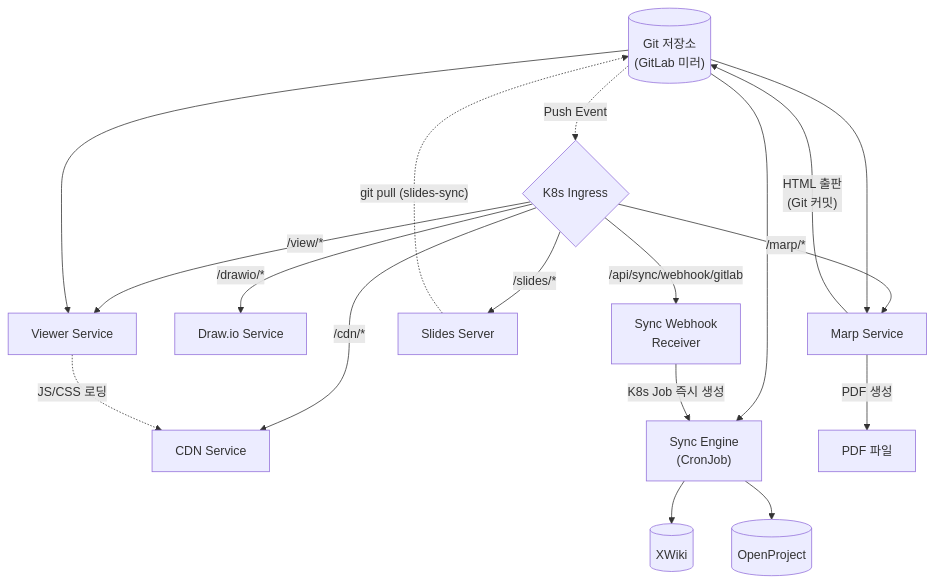
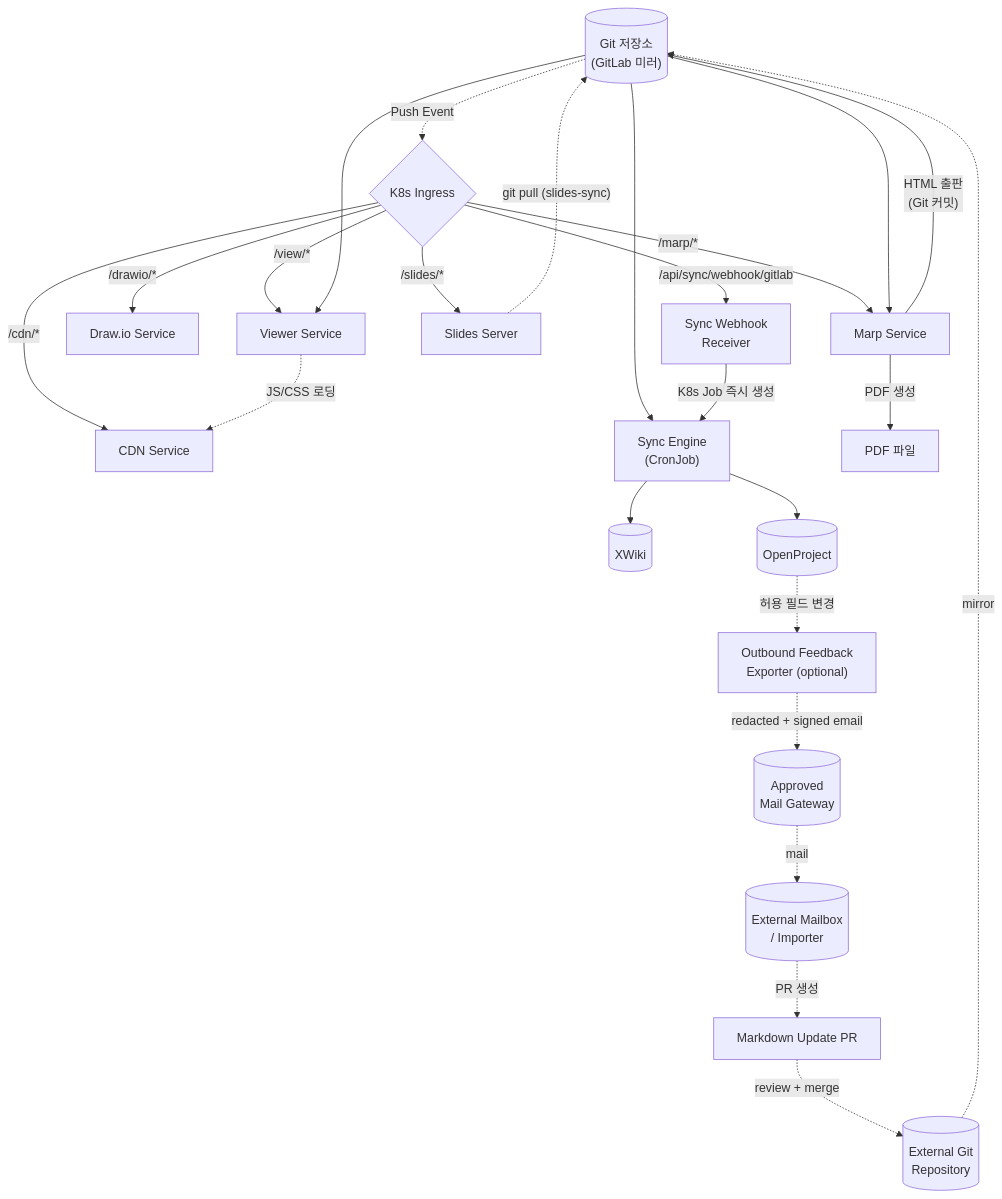
Before and after one commit to sch0718/synctx: the first of 5 diagrams in docs/architecture.md, drawn with Mermaid. The commit also changed other lines of this file and 2 other files, not shown here.

First line of the commit message:
docs: 제한적 Outbound Feedback Exporter 설계 추가 (Phase 7 선택)

````diff
--- a/docs/architecture.md
+++ b/docs/architecture.md
@@ -20,40 +21,52 @@
 ```mermaid
 flowchart TB
     GitLab[("Git 저장소<br>(GitLab 미러)")]
     Ingress{"K8s Ingress"}
 
     Viewer["Viewer Service"]
     CDN["CDN Service"]
     Drawio["Draw.io Service"]
     Marp["Marp Service"]
     Slides["Slides Server"]
     SyncWebhook["Sync Webhook<br>Receiver"]
     Sync["Sync Engine<br>(CronJob)"]
+    Feedback["Outbound Feedback<br>Exporter (optional)"]
+    MailGateway[("Approved<br>Mail Gateway")]
+    ExternalInbox[("External Mailbox<br>/ Importer")]
+    PR["Markdown Update PR"]
+    ExternalGit[("External Git<br>Repository")]
 
     XWiki[("XWiki")]
     OP[("OpenProject")]
 
     GitLab -. "Push Event" .-> Ingress
 
     Ingress -- "/view/*" --> Viewer
     Ingress -- "/cdn/*" --> CDN
     Ingress -- "/slides/*" --> Slides
     Ingress -- "/marp/*" --> Marp
     Ingress -- "/drawio/*" --> Drawio
     Ingress -- "/api/sync/webhook/gitlab" --> SyncWebhook
 
     GitLab --> Viewer
     GitLab --> Marp
     GitLab --> Sync
 
     Viewer -. "JS/CSS 로딩" .-> CDN
 
     Marp -- "PDF 생성" --> PDF["PDF 파일"]
     Marp -- "HTML 출판<br>(Git 커밋)" --> GitLab
 
     Slides -. "git pull (slides-sync)" .-> GitLab
 
     SyncWebhook -- "K8s Job 즉시 생성" --> Sync
     Sync --> XWiki
     Sync --> OP
+
+    OP -. "허용 필드 변경" .-> Feedback
+    Feedback -. "redacted + signed email" .-> MailGateway
+    MailGateway -. "mail" .-> ExternalInbox
+    ExternalInbox -. "PR 생성" .-> PR
+    PR -. "review + merge" .-> ExternalGit
+    ExternalGit -. "mirror" .-> GitLab
 ```
````
